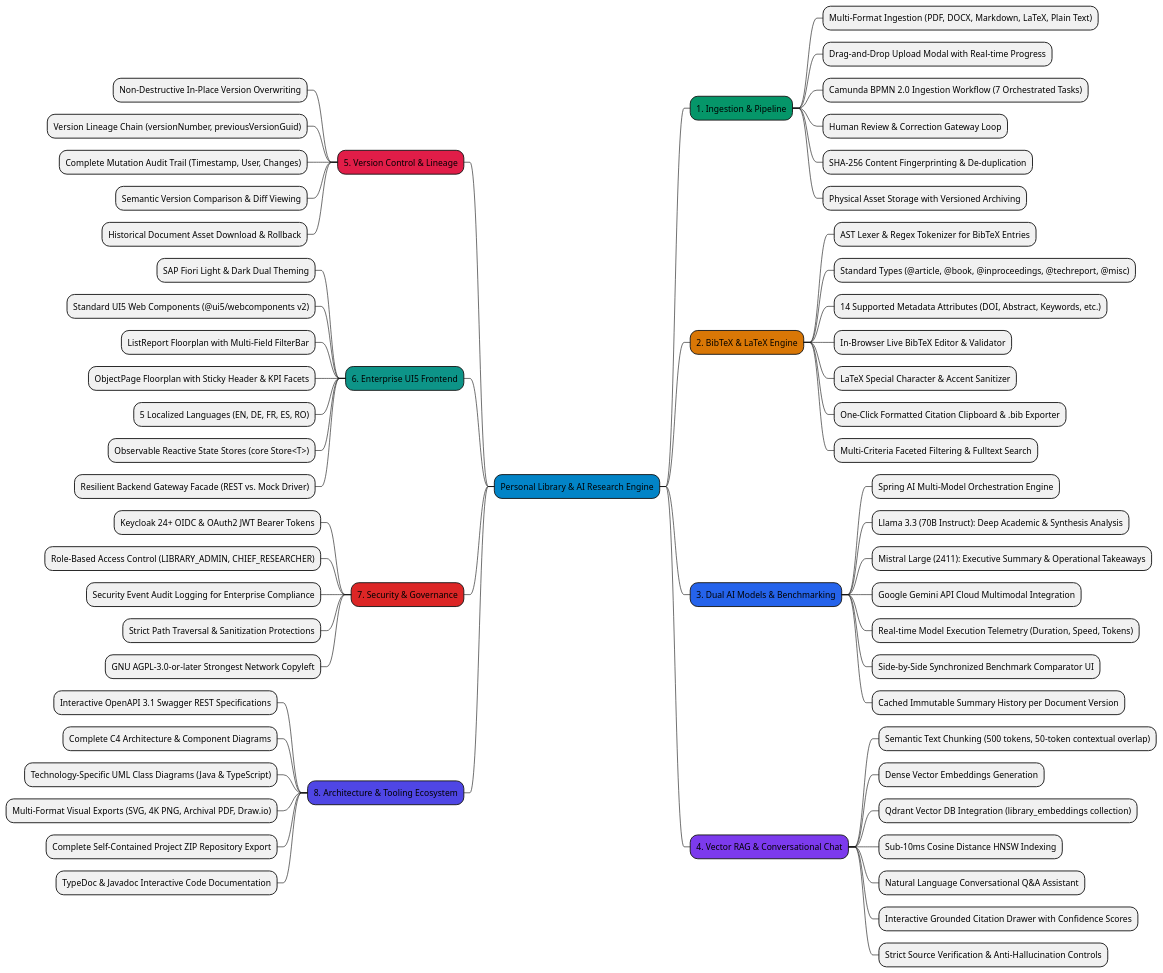
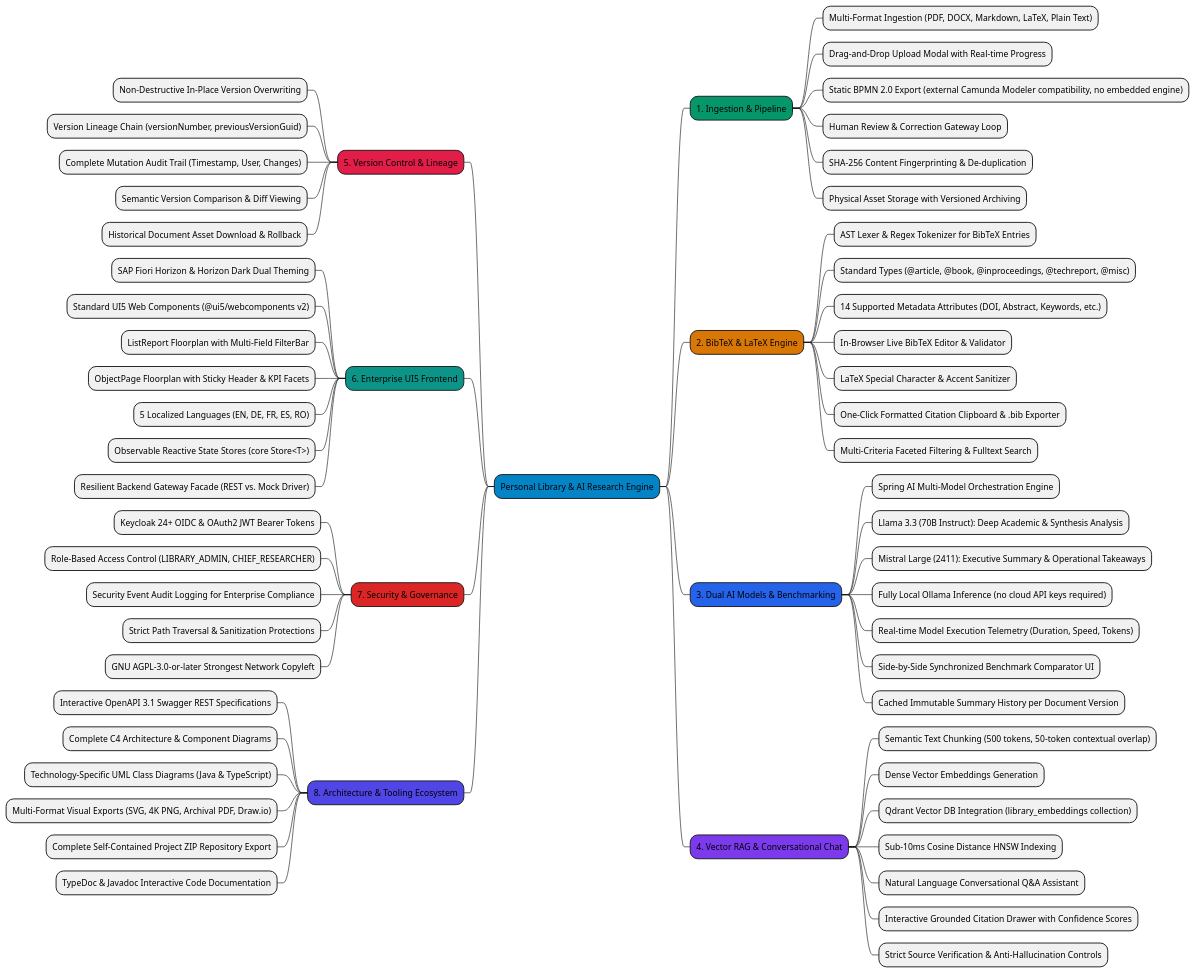
One commit to epascalau/personal-library changed the diagram in src/main/frontend/public/mindmap.puml. Above: the diagram before and after it, drawn with PlantUML. The commit also changed 87 other files, not shown here.

```diff
--- a/src/main/frontend/public/mindmap.puml
+++ b/src/main/frontend/public/mindmap.puml
@@ -1,72 +1,72 @@
 @startmindmap
 *[#0284c7] Personal Library & AI Research Engine
 
 **[#059669] 1. Ingestion & Pipeline
 *** Multi-Format Ingestion (PDF, DOCX, Markdown, LaTeX, Plain Text)
 *** Drag-and-Drop Upload Modal with Real-time Progress
-*** Camunda BPMN 2.0 Ingestion Workflow (7 Orchestrated Tasks)
+*** Static BPMN 2.0 Export (external Camunda Modeler compatibility, no embedded engine)
 *** Human Review & Correction Gateway Loop
 *** SHA-256 Content Fingerprinting & De-duplication
 *** Physical Asset Storage with Versioned Archiving
 
 **[#d97706] 2. BibTeX & LaTeX Engine
 *** AST Lexer & Regex Tokenizer for BibTeX Entries
 *** Standard Types (@article, @book, @inproceedings, @techreport, @misc)
 *** 14 Supported Metadata Attributes (DOI, Abstract, Keywords, etc.)
 *** In-Browser Live BibTeX Editor & Validator
 *** LaTeX Special Character & Accent Sanitizer
 *** One-Click Formatted Citation Clipboard & .bib Exporter
 *** Multi-Criteria Faceted Filtering & Fulltext Search
 
 **[#2563eb] 3. Dual AI Models & Benchmarking
 *** Spring AI Multi-Model Orchestration Engine
 *** Llama 3.3 (70B Instruct): Deep Academic & Synthesis Analysis
 *** Mistral Large (2411): Executive Summary & Operational Takeaways
-*** Google Gemini API Cloud Multimodal Integration
+*** Fully Local Ollama Inference (no cloud API keys required)
 *** Real-time Model Execution Telemetry (Duration, Speed, Tokens)
 *** Side-by-Side Synchronized Benchmark Comparator UI
 *** Cached Immutable Summary History per Document Version
 
 **[#7c3aed] 4. Vector RAG & Conversational Chat
 *** Semantic Text Chunking (500 tokens, 50-token contextual overlap)
 *** Dense Vector Embeddings Generation
 *** Qdrant Vector DB Integration (library_embeddings collection)
 *** Sub-10ms Cosine Distance HNSW Indexing
 *** Natural Language Conversational Q&A Assistant
 *** Interactive Grounded Citation Drawer with Confidence Scores
 *** Strict Source Verification & Anti-Hallucination Controls
 
 left side
 
 **[#e11d48] 5. Version Control & Lineage
 *** Non-Destructive In-Place Version Overwriting
 *** Version Lineage Chain (versionNumber, previousVersionGuid)
 *** Complete Mutation Audit Trail (Timestamp, User, Changes)
 *** Semantic Version Comparison & Diff Viewing
 *** Historical Document Asset Download & Rollback
 
 **[#0d9488] 6. Enterprise UI5 Frontend
-*** SAP Fiori Light & Dark Dual Theming
+*** SAP Fiori Horizon & Horizon Dark Dual Theming
 *** Standard UI5 Web Components (@ui5/webcomponents v2)
 *** ListReport Floorplan with Multi-Field FilterBar
 *** ObjectPage Floorplan with Sticky Header & KPI Facets
 *** 5 Localized Languages (EN, DE, FR, ES, RO)
 *** Observable Reactive State Stores (core Store<T>)
 *** Resilient Backend Gateway Facade (REST vs. Mock Driver)
 
 **[#dc2626] 7. Security & Governance
 *** Keycloak 24+ OIDC & OAuth2 JWT Bearer Tokens
 *** Role-Based Access Control (LIBRARY_ADMIN, CHIEF_RESEARCHER)
 *** Security Event Audit Logging for Enterprise Compliance
 *** Strict Path Traversal & Sanitization Protections
 *** GNU AGPL-3.0-or-later Strongest Network Copyleft
 
 **[#4f46e5] 8. Architecture & Tooling Ecosystem
 *** Interactive OpenAPI 3.1 Swagger REST Specifications
 *** Complete C4 Architecture & Component Diagrams
 *** Technology-Specific UML Class Diagrams (Java & TypeScript)
 *** Multi-Format Visual Exports (SVG, 4K PNG, Archival PDF, Draw.io)
 *** Complete Self-Contained Project ZIP Repository Export
 *** TypeDoc & Javadoc Interactive Code Documentation
 
 @endmindmap
```
